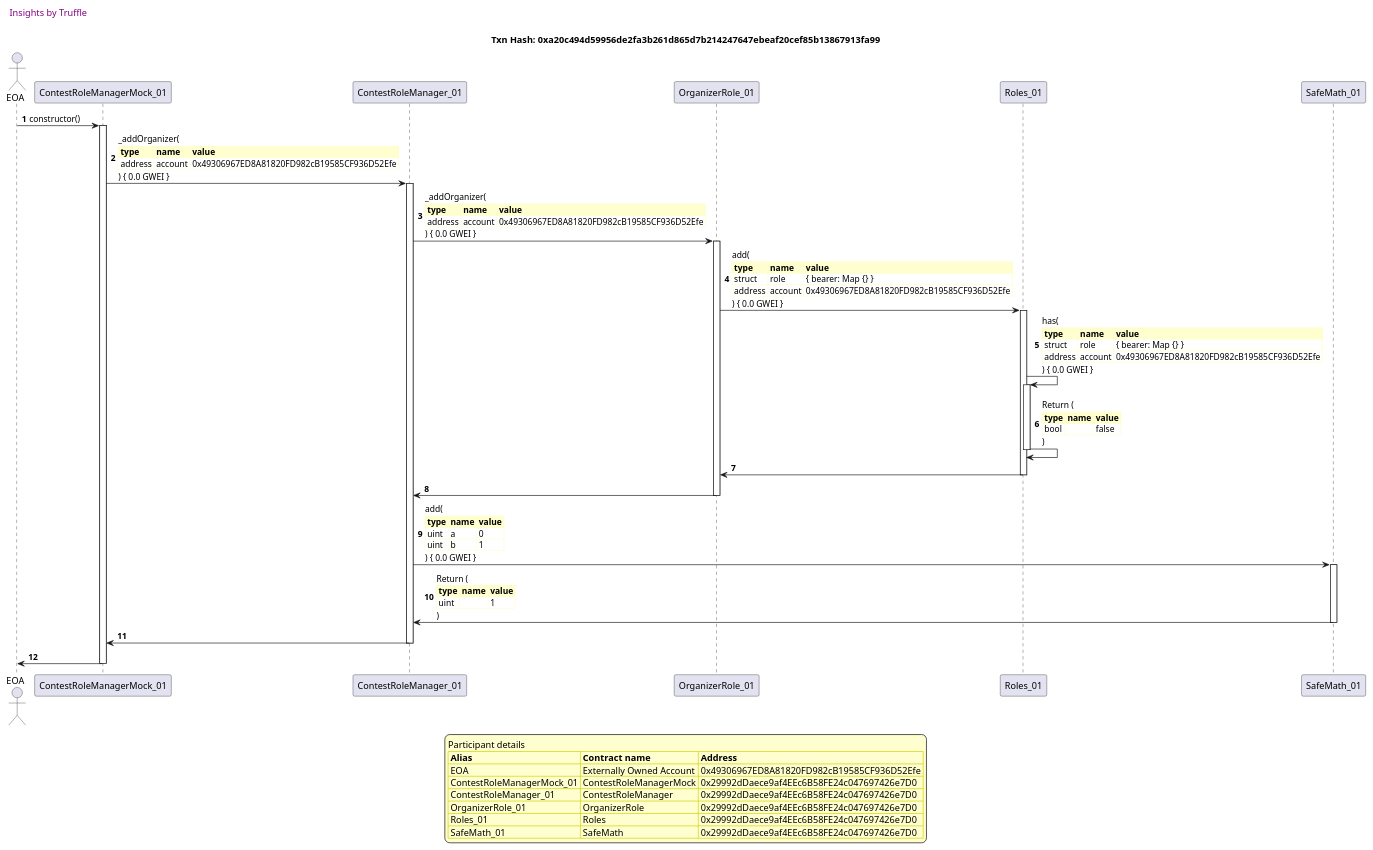
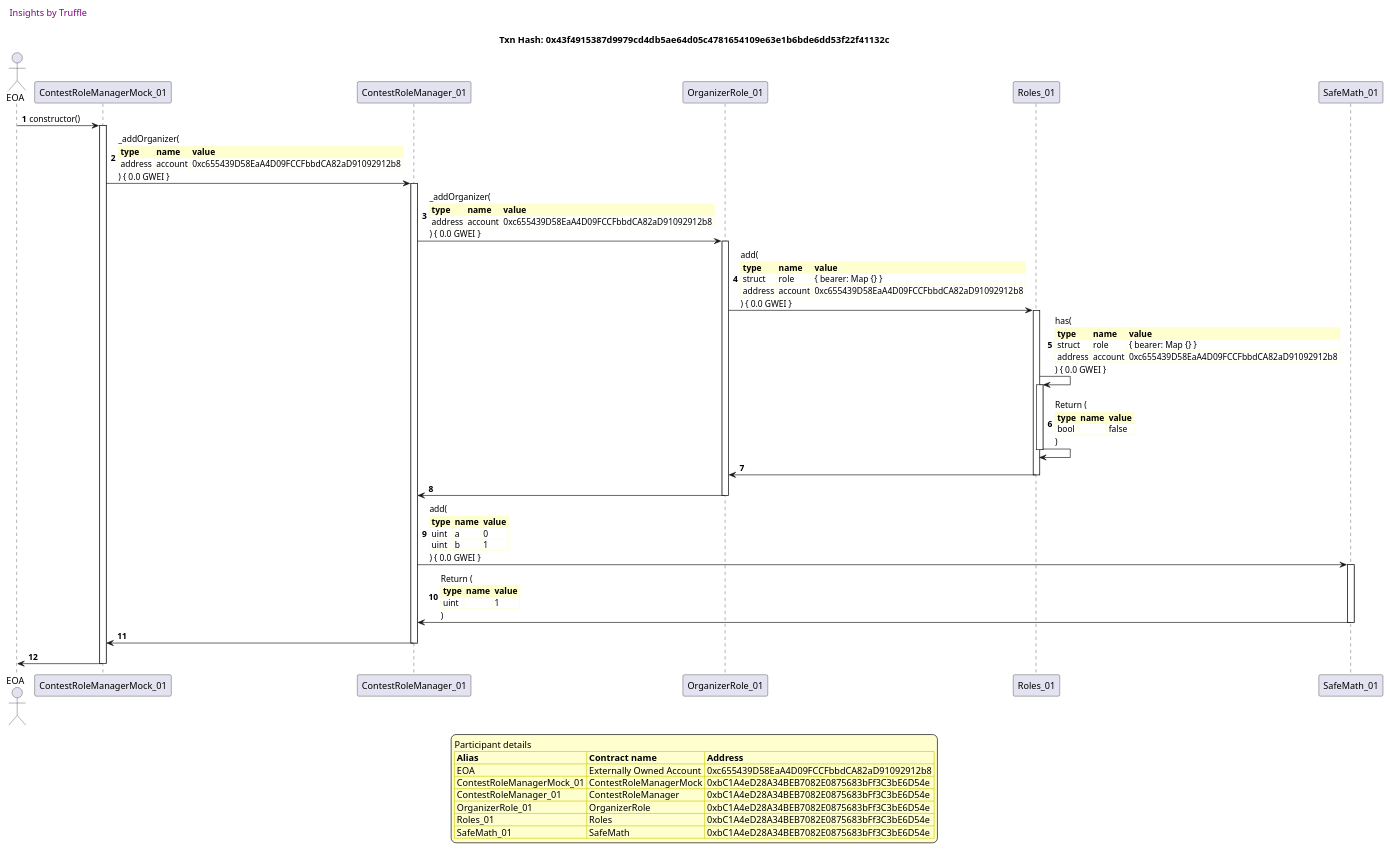
The first of 20 diagrams in truffle-seq/roles_contestrolemanager.md (fodisi/hackapay), drawn with PlantUML before and after one commit. The commit also changed other lines of this file and 10 other files, not shown here.

````diff
--- a/truffle-seq/roles_contestrolemanager.md
+++ b/truffle-seq/roles_contestrolemanager.md
@@ -13,79 +13,79 @@
 ```plantuml
 
 
 @startuml
 
 autonumber
 skinparam legendBackgroundColor #FEFECE
 
 <style>
       header {
         HorizontalAlignment left
         FontColor purple
         FontSize 14
         Padding 10
       }
     </style>
 
 header Insights by Truffle
 
-title Txn Hash: 0xa20c494d59956de2fa3b261d865d7b214247647ebeaf20cef85b13867913fa99
+title Txn Hash: 0x43f4915387d9979cd4db5ae64d05c4781654109e63e1b6bde6dd53f22f41132c
 
 
 actor EOA as "EOA"
 participant ContestRoleManagerMock_01 as "ContestRoleManagerMock_01"
 participant ContestRoleManager_01 as "ContestRoleManager_01"
 participant OrganizerRole_01 as "OrganizerRole_01"
 participant Roles_01 as "Roles_01"
 participant SafeMath_01 as "SafeMath_01"
 
 "EOA" -> "ContestRoleManagerMock_01" ++: constructor()
 "ContestRoleManagerMock_01" -> "ContestRoleManager_01" ++: _addOrganizer(\n\
 <#FEFECE,#FEFECE>|= type |= name |= value |\n\
-| address | account | 0x49306967ED8A81820FD982cB19585CF936D52Efe |\n\
+| address | account | 0xc655439D58EaA4D09FCCFbbdCA82aD91092912b8 |\n\
 ) { 0.0 GWEI }
 "ContestRoleManager_01" -> "OrganizerRole_01" ++: _addOrganizer(\n\
 <#FEFECE,#FEFECE>|= type |= name |= value |\n\
-| address | account | 0x49306967ED8A81820FD982cB19585CF936D52Efe |\n\
+| address | account | 0xc655439D58EaA4D09FCCFbbdCA82aD91092912b8 |\n\
 ) { 0.0 GWEI }
 "OrganizerRole_01" -> "Roles_01" ++: add(\n\
 <#FEFECE,#FEFECE>|= type |= name |= value |\n\
 | struct | role | { bearer: Map {} } |\n\
-| address | account | 0x49306967ED8A81820FD982cB19585CF936D52Efe |\n\
+| address | account | 0xc655439D58EaA4D09FCCFbbdCA82aD91092912b8 |\n\
 ) { 0.0 GWEI }
 "Roles_01" -> "Roles_01" ++: has(\n\
 <#FEFECE,#FEFECE>|= type |= name |= value |\n\
 | struct | role | { bearer: Map {} } |\n\
-| address | account | 0x49306967ED8A81820FD982cB19585CF936D52Efe |\n\
+| address | account | 0xc655439D58EaA4D09FCCFbbdCA82aD91092912b8 |\n\
 ) { 0.0 GWEI }
 "Roles_01" -> "Roles_01" --: Return (\n\
 <#FEFECE,#FEFECE>|= type |= name |= value |\n\
 | bool |  | false |\n\
 )
 "Roles_01" -> "OrganizerRole_01" --: 
 "OrganizerRole_01" -> "ContestRoleManager_01" --: 
 "ContestRoleManager_01" -> "SafeMath_01" ++: add(\n\
 <#FEFECE,#FEFECE>|= type |= name |= value |\n\
 | uint | a | 0 |\n\
 | uint | b | 1 |\n\
 ) { 0.0 GWEI }
 "SafeMath_01" -> "ContestRoleManager_01" --: Return (\n\
 <#FEFECE,#FEFECE>|= type |= name |= value |\n\
 | uint |  | 1 |\n\
 )
 "ContestRoleManager_01" -> "ContestRoleManagerMock_01" --: 
 "ContestRoleManagerMock_01" -> "EOA" --: 
 
 legend
 Participant details
 <#FEFECE,#D0D000>|= Alias |= Contract name |= Address |
-<#FEFECE>| EOA | Externally Owned Account | 0x49306967ED8A81820FD982cB19585CF936D52Efe |
-<#FEFECE>| ContestRoleManagerMock_01 | ContestRoleManagerMock | 0x29992dDaece9af4EEc6B58FE24c047697426e7D0 |
-<#FEFECE>| ContestRoleManager_01 | ContestRoleManager | 0x29992dDaece9af4EEc6B58FE24c047697426e7D0 |
-<#FEFECE>| OrganizerRole_01 | OrganizerRole | 0x29992dDaece9af4EEc6B58FE24c047697426e7D0 |
-<#FEFECE>| Roles_01 | Roles | 0x29992dDaece9af4EEc6B58FE24c047697426e7D0 |
-<#FEFECE>| SafeMath_01 | SafeMath | 0x29992dDaece9af4EEc6B58FE24c047697426e7D0 |
+<#FEFECE>| EOA | Externally Owned Account | 0xc655439D58EaA4D09FCCFbbdCA82aD91092912b8 |
+<#FEFECE>| ContestRoleManagerMock_01 | ContestRoleManagerMock | 0xbC1A4eD28A34BEB7082E0875683bFf3C3bE6D54e |
+<#FEFECE>| ContestRoleManager_01 | ContestRoleManager | 0xbC1A4eD28A34BEB7082E0875683bFf3C3bE6D54e |
+<#FEFECE>| OrganizerRole_01 | OrganizerRole | 0xbC1A4eD28A34BEB7082E0875683bFf3C3bE6D54e |
+<#FEFECE>| Roles_01 | Roles | 0xbC1A4eD28A34BEB7082E0875683bFf3C3bE6D54e |
+<#FEFECE>| SafeMath_01 | SafeMath | 0xbC1A4eD28A34BEB7082E0875683bFf3C3bE6D54e |
 endlegend
 
 @enduml
 ```
````
